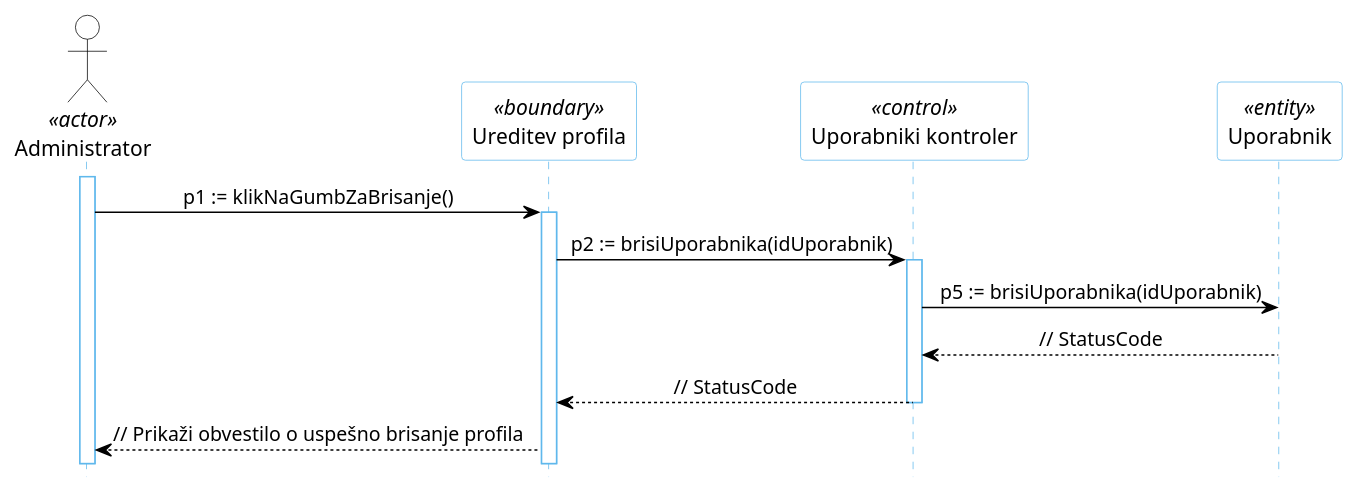
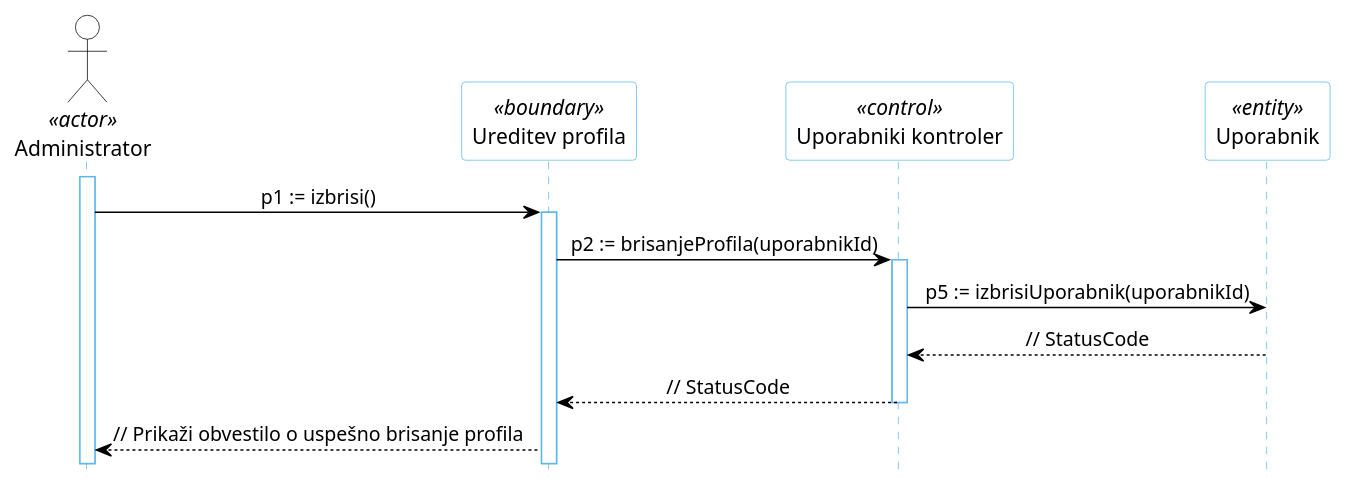
Before and after one commit to kupinah/test-tpo: the diagram in docs/gradivo/plantuml/DZ/brisanje-alternativni.puml, drawn with PlantUML. The commit also changed other lines of this file and 10 other files, not shown here.

```diff
--- a/docs/gradivo/plantuml/DZ/brisanje-alternativni.puml
+++ b/docs/gradivo/plantuml/DZ/brisanje-alternativni.puml
@@ -1,29 +1,29 @@
 @startuml
 hide footbox
 
 skinparam backgroundcolor transparent
 skinparam defaultTextAlignment center
 skinparam actorBorderColor black
 skinparam actorBackgroundColor white
 skinparam arrowColor black
 skinparam sequenceLifeLineBorderColor #5FB8EC
 skinparam sequenceParticipantBorderColor #5FB8EC
 skinparam sequenceParticipantBackgroundColor white
 
 actor "Administrator" AS U1 <<actor>>
 
 participant "Ureditev profila" as R5 <<boundary>>
 participant "Uporabniki kontroler" as R2 <<control>>
 participant "Uporabnik" as R4 <<entity>>
 
 activate U1
-U1 -> R5: p1 := klikNaGumbZaBrisanje()
+U1 -> R5: p1 := izbrisi()
 activate R5
-R5 -> R2: p2 := brisiUporabnika(idUporabnik)
+R5 -> R2: p2 := brisanjeProfila(uporabnikId)
 activate R2
-R2 -> R4: p5 := brisiUporabnika(idUporabnik)
+R2 -> R4: p5 := izbrisiUporabnik(uporabnikId)
 R4 --> R2: // StatusCode
 R2 --> R5: // StatusCode
 deactivate R2
 R5 --> U1: // Prikaži obvestilo o uspešno brisanje profila
 @enduml
```
